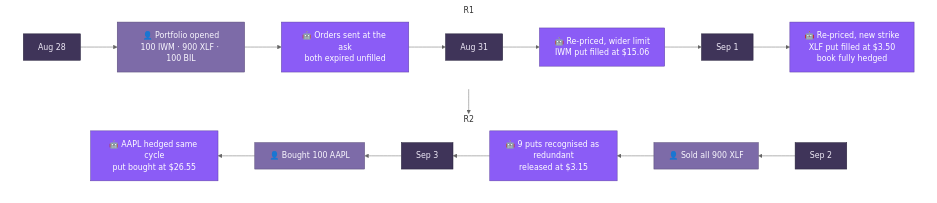
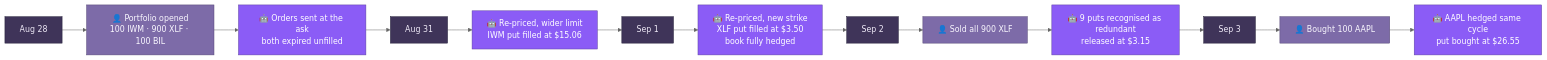
One commit to ol1ak5/Drawdown-Guard changed the first of 2 diagrams in README.md. Above: the diagram before and after it, drawn with Mermaid (neutral theme). The commit also changed other lines of this file, not shown here.

Commit message:
Back to the flat chain, and two colours that were not quite right
The snake's cross-row connector - the one edge dropping from the end of
row one into the start of row two - read as a confusing vertical bar
rather than a bend. Reverted to the flat single-row chain from two
commits ago: proven to render, and unambiguous to follow left to right.

The plum on the loop diagram read as pink rather than violet. Replaced
with a proper lavender - #b39ddb, cooler and less saturated toward red.

DROP was too light after the last pass. Darkened from #d3d3d3 to
#9a9a9a, with white text now that the fill is dark enough to need it.

````diff
--- a/README.md
+++ b/README.md
@@ -73,33 +73,31 @@
 ```mermaid
-flowchart TD
-    subgraph R1
-        direction LR
-        D1["Aug 28"] --> C1["👤 Portfolio opened<br/>100 IWM · 900 XLF · 100 BIL"] --> A1["🤖 Orders sent at the ask<br/>both expired unfilled"] --> D2["Aug 31"] --> A2["🤖 Re-priced, wider limit<br/>IWM put filled at $15.06"] --> D3["Sep 1"] --> A3["🤖 Re-priced, new strike<br/>XLF put filled at $3.50<br/>book fully hedged"]
-    end
-
-    subgraph R2
-        direction RL
-        D4["Sep 2"] --> C4["👤 Sold all 900 XLF"] --> A4["🤖 9 puts recognised as redundant<br/>released at $3.15"] --> D5["Sep 3"] --> C5["👤 Bought 100 AAPL"] --> A5["🤖 AAPL hedged same cycle<br/>put bought at $26.55"]
-    end
-
-    A3 --> D4
-
-    style R1 fill:transparent,stroke:transparent
-    style R2 fill:transparent,stroke:transparent
+flowchart LR
+    D1["Aug 28"] --> C1["👤 Portfolio opened<br/>100 IWM · 900 XLF · 100 BIL"]
+    C1 --> A1["🤖 Orders sent at the ask<br/>both expired unfilled"]
+    A1 --> D2["Aug 31"]
+    D2 --> A2["🤖 Re-priced, wider limit<br/>IWM put filled at $15.06"]
+    A2 --> D3["Sep 1"]
+    D3 --> A3["🤖 Re-priced, new strike<br/>XLF put filled at $3.50<br/>book fully hedged"]
+    A3 --> D4["Sep 2"]
+    D4 --> C4["👤 Sold all 900 XLF"]
+    C4 --> A4["🤖 9 puts recognised as redundant<br/>released at $3.15"]
+    A4 --> D5["Sep 3"]
+    D5 --> C5["👤 Bought 100 AAPL"]
+    C5 --> A5["🤖 AAPL hedged same cycle<br/>put bought at $26.55"]
 
     style D1 fill:#3f3459,stroke:#241f38,color:#efeaf7
     style D2 fill:#3f3459,stroke:#241f38,color:#efeaf7
     style D3 fill:#3f3459,stroke:#241f38,color:#efeaf7
     style D4 fill:#3f3459,stroke:#241f38,color:#efeaf7
     style D5 fill:#3f3459,stroke:#241f38,color:#efeaf7
 
     style C1 fill:#7d6ba8,stroke:#544674,color:#faf8ff
     style C4 fill:#7d6ba8,stroke:#544674,color:#faf8ff
     style C5 fill:#7d6ba8,stroke:#544674,color:#faf8ff
 
     style A1 fill:#8b5cf6,stroke:#5b3fa0,color:#ffffff
     style A2 fill:#8b5cf6,stroke:#5b3fa0,color:#ffffff
     style A3 fill:#8b5cf6,stroke:#5b3fa0,color:#ffffff
     style A4 fill:#8b5cf6,stroke:#5b3fa0,color:#ffffff
     style A5 fill:#8b5cf6,stroke:#5b3fa0,color:#ffffff
 ```
````
